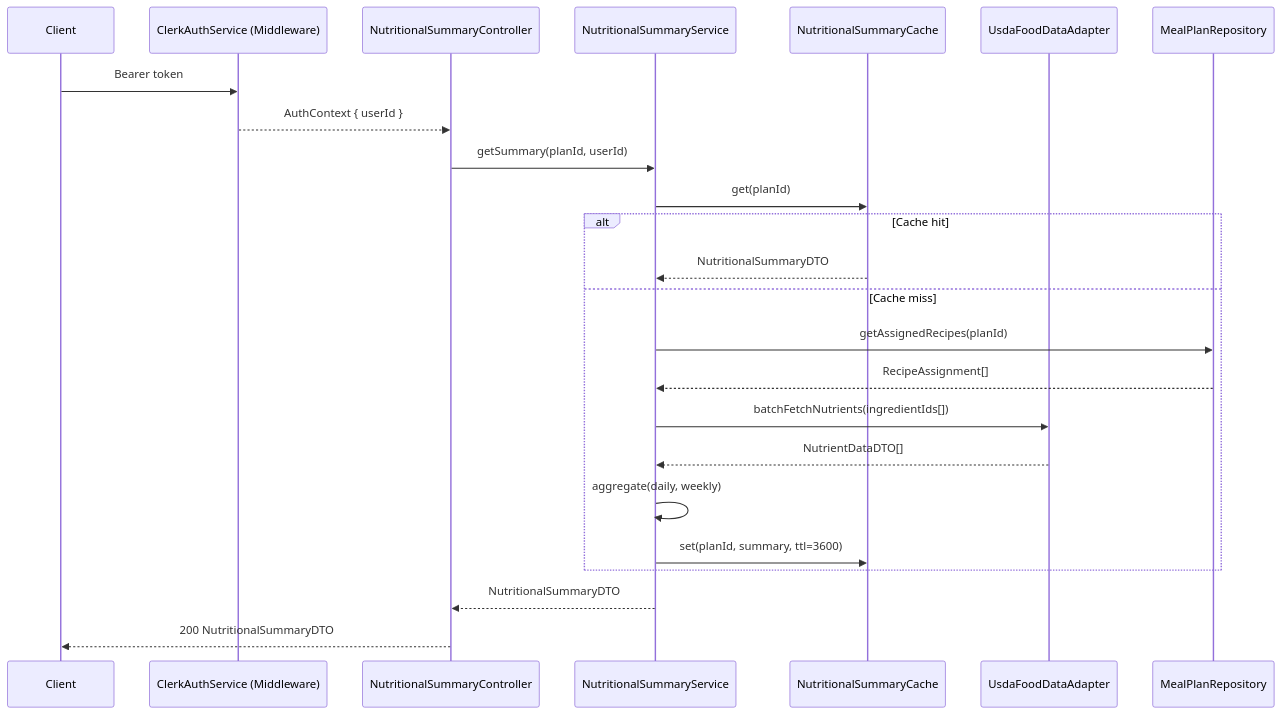
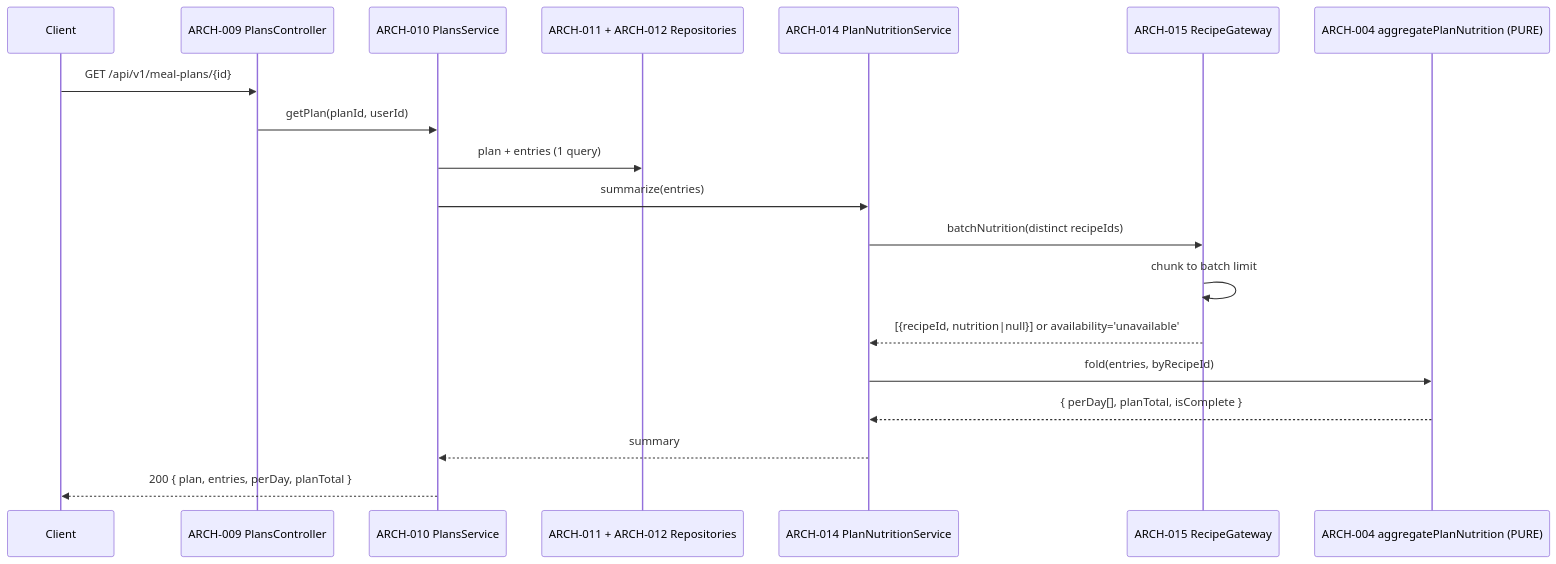
One commit to radicle-co/KitchenSink changed the second of 4 diagrams in specs/006-meal-planning/v-model/architecture-design.md. Above: the diagram before and after it, drawn with Mermaid. The commit also changed other lines of this file and 89 other files, not shown here.

````diff
--- a/specs/006-meal-planning/v-model/architecture-design.md
+++ b/specs/006-meal-planning/v-model/architecture-design.md
@@ -81,27 +125,22 @@
 ```mermaid
 sequenceDiagram
-    participant Client
-    participant ARCH-018 as ClerkAuthService (Middleware)
-    participant ARCH-007 as NutritionalSummaryController
-    participant ARCH-008 as NutritionalSummaryService
-    participant ARCH-009 as NutritionalSummaryCache
-    participant ARCH-017 as UsdaFoodDataAdapter
-    participant ARCH-003 as MealPlanRepository
+    participant C as Client
+    participant CT as ARCH-009 PlansController
+    participant SV as ARCH-010 PlansService
+    participant RP as ARCH-011 + ARCH-012 Repositories
+    participant NS as ARCH-014 PlanNutritionService
+    participant GW as ARCH-015 RecipeGateway
+    participant AG as ARCH-004 aggregatePlanNutrition (PURE)
 
-    Client->>ARCH-018: Bearer token
-    ARCH-018-->>ARCH-007: AuthContext { userId }
-    ARCH-007->>ARCH-008: getSummary(planId, userId)
-    ARCH-008->>ARCH-009: get(planId)
-    alt Cache hit
-        ARCH-009-->>ARCH-008: NutritionalSummaryDTO
-    else Cache miss
-        ARCH-008->>ARCH-003: getAssignedRecipes(planId)
-        ARCH-003-->>ARCH-008: RecipeAssignment[]
-        ARCH-008->>ARCH-017: batchFetchNutrients(ingredientIds[])
-        ARCH-017-->>ARCH-008: NutrientDataDTO[]
-        ARCH-008->>ARCH-008: aggregate(daily, weekly)
-        ARCH-008->>ARCH-009: set(planId, summary, ttl=3600)
-    end
-    ARCH-008-->>ARCH-007: NutritionalSummaryDTO
-    ARCH-007-->>Client: 200 NutritionalSummaryDTO
+    C->>CT: GET /api/v1/meal-plans/{id}
+    CT->>SV: getPlan(planId, userId)
+    SV->>RP: plan + entries (1 query)
+    SV->>NS: summarize(entries)
+    NS->>GW: batchNutrition(distinct recipeIds)
+    GW->>GW: chunk to batch limit
+    GW-->>NS: [{recipeId, nutrition|null}] or availability='unavailable'
+    NS->>AG: fold(entries, byRecipeId)
+    AG-->>NS: { perDay[], planTotal, isComplete }
+    NS-->>SV: summary
+    SV-->>C: 200 { plan, entries, perDay, planTotal }
 ```
````
